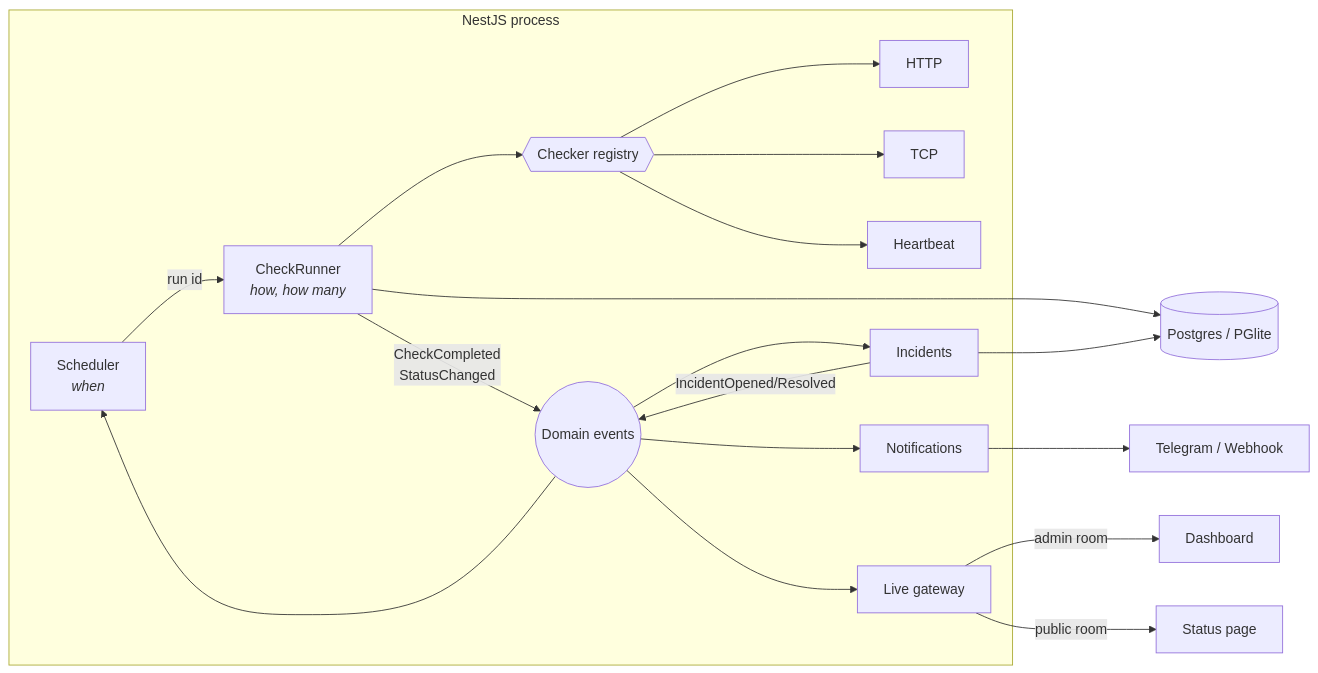
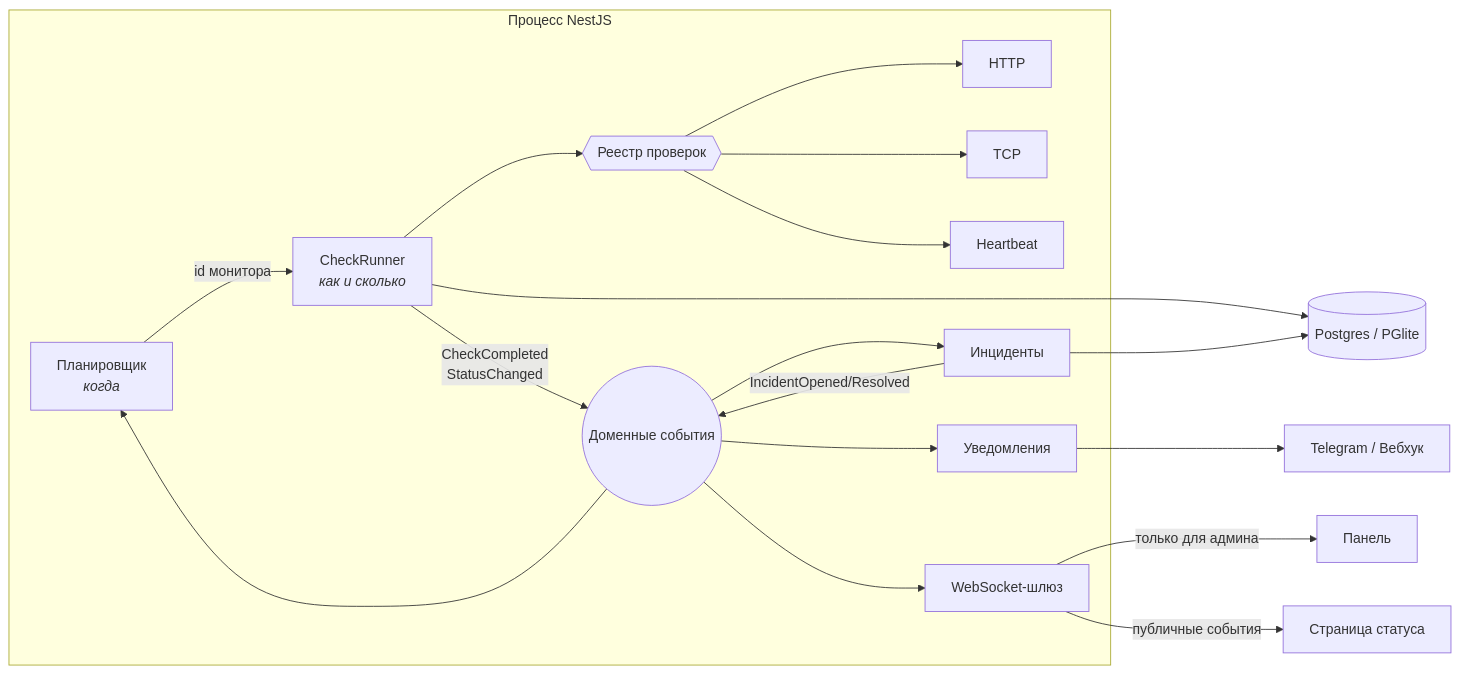
One commit to Kasatken/uptime-monitor changed the diagram in README.md. Above: the diagram before and after it, drawn with Mermaid. The commit also changed other lines of this file and 1 other file, not shown here.

````diff
--- a/README.md
+++ b/README.md
@@ -49,19 +49,19 @@
 ```mermaid
 flowchart LR
-  subgraph API["NestJS process"]
-    S[Scheduler<br/><i>when</i>] -->|run id| R[CheckRunner<br/><i>how, how many</i>]
-    R --> C{{Checker registry}}
+  subgraph API["Процесс NestJS"]
+    S[Планировщик<br/><i>когда</i>] -->|id монитора| R[CheckRunner<br/><i>как и сколько</i>]
+    R --> C{{Реестр проверок}}
     C --> H[HTTP] & T[TCP] & B[Heartbeat]
-    R -->|CheckCompleted<br/>StatusChanged| E((Domain events))
-    E --> I[Incidents]
+    R -->|CheckCompleted<br/>StatusChanged| E((Доменные события))
+    E --> I[Инциденты]
     I -->|IncidentOpened/Resolved| E
-    E --> N[Notifications]
-    E --> G[Live gateway]
+    E --> N[Уведомления]
+    E --> G[WebSocket-шлюз]
     E --> S
   end
   R --> DB[(Postgres / PGlite)]
   I --> DB
-  G -- "admin room" --> D[Dashboard]
-  G -- "public room" --> P[Status page]
-  N --> TG[Telegram / Webhook]
+  G -- "только для админа" --> D[Панель]
+  G -- "публичные события" --> P[Страница статуса]
+  N --> TG[Telegram / Вебхук]
 ```
````
